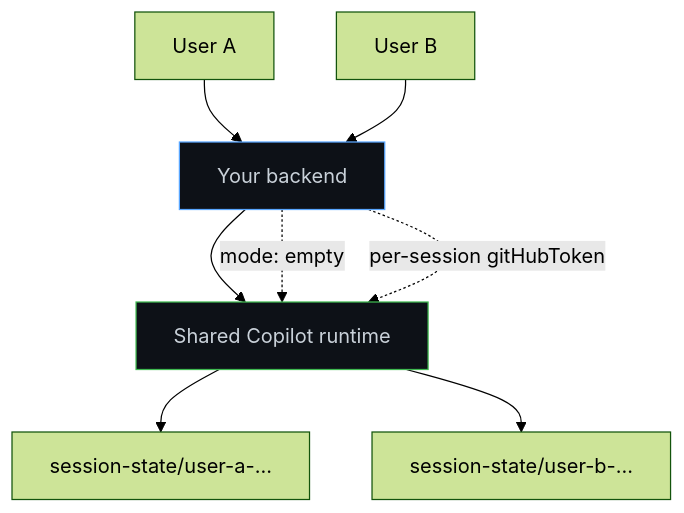
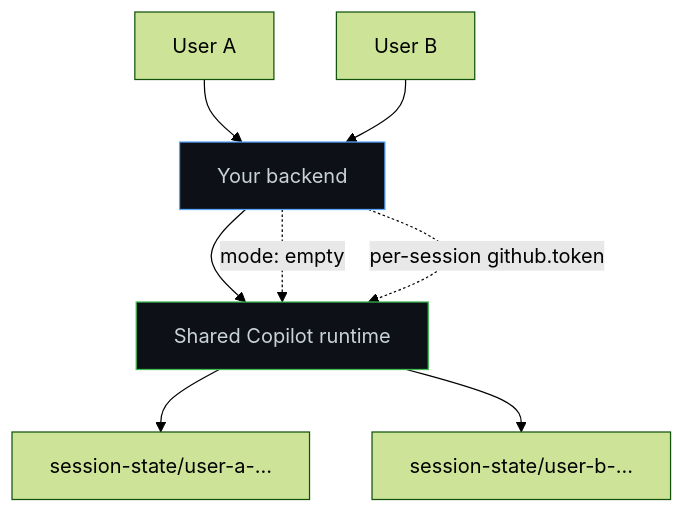
The diagram in docs/setup/multi-tenancy.md (jeremiahjordanisaacson/copilot-sdk-supercharged), drawn with Mermaid (forest theme) before and after one commit. The commit also changed other lines of this file and 746 other files, not shown here.

````diff
--- a/docs/setup/multi-tenancy.md
+++ b/docs/setup/multi-tenancy.md
@@ -644,14 +644,14 @@
 ```mermaid
 flowchart TB
     U1["User A"] --> API["Your backend"]
     U2["User B"] --> API
     API --> Runtime["Shared Copilot runtime"]
     Runtime --> SA["session-state/user-a-..."]
     Runtime --> SB["session-state/user-b-..."]
 
     API -. "mode: empty" .-> Runtime
-    API -. "per-session gitHubToken" .-> Runtime
+    API -. "per-session github.token" .-> Runtime
 
     style API fill:#0d1117,stroke:#58a6ff,color:#c9d1d9
     style Runtime fill:#0d1117,stroke:#3fb950,color:#c9d1d9
 ```
````
